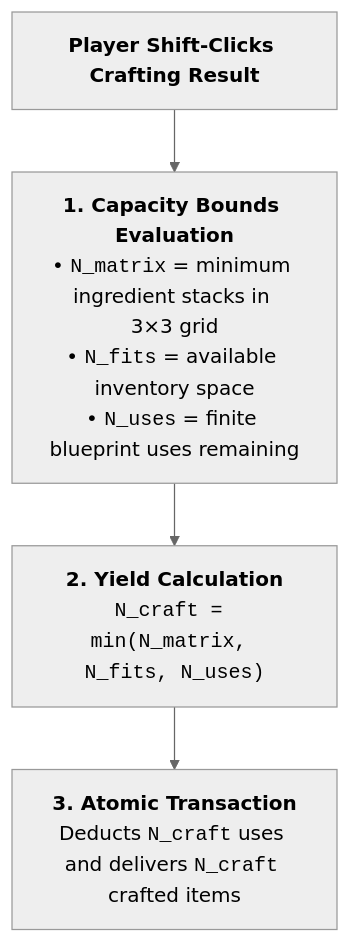
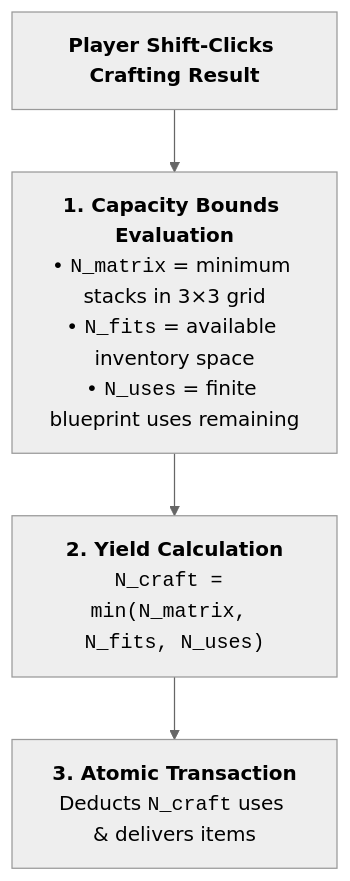
One commit to XZtotal/CraftingBlueprints-Wiki changed the first of 2 diagrams in docs/mechanics/crafting-table.md. Above: the diagram before and after it, drawn with Mermaid (neutral theme). The commit also changed 24 other files, not shown here.

````diff
--- a/docs/mechanics/crafting-table.md
+++ b/docs/mechanics/crafting-table.md
@@ -29,7 +29,11 @@
 ```mermaid
 flowchart TD
     Init["<b>Player Shift-Clicks Crafting Result</b>"]
-    --> Bounds["<b>1. Capacity Bounds Evaluation</b><br/>• <code>N_matrix</code> = minimum ingredient stacks in 3×3 grid<br/>• <code>N_fits</code> = available inventory space<br/>• <code>N_uses</code> = finite blueprint uses remaining"]
-    --> Calc["<b>2. Yield Calculation</b><br/><code>N_craft = min(N_matrix, N_fits, N_uses)</code>"]
-    --> Exec["<b>3. Atomic Transaction</b><br/>Deducts <code>N_craft</code> uses and delivers <code>N_craft</code> crafted items"]
+    Bounds["<b>1. Capacity Bounds Evaluation</b><br/>• <code>N_matrix</code> = minimum stacks in 3×3 grid<br/>• <code>N_fits</code> = available inventory space<br/>• <code>N_uses</code> = finite blueprint uses remaining"]
+    Calc["<b>2. Yield Calculation</b><br/><code>N_craft = min(N_matrix, N_fits, N_uses)</code>"]
+    Exec["<b>3. Atomic Transaction</b><br/>Deducts <code>N_craft</code> uses &amp; delivers items"]
+
+    Init --> Bounds
+    Bounds --> Calc
+    Calc --> Exec
 ```
````
